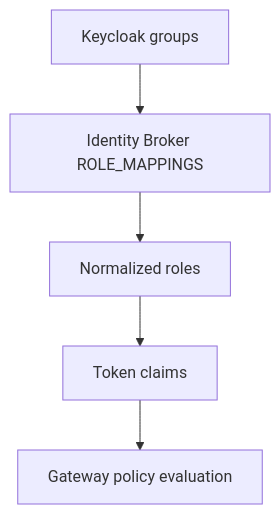
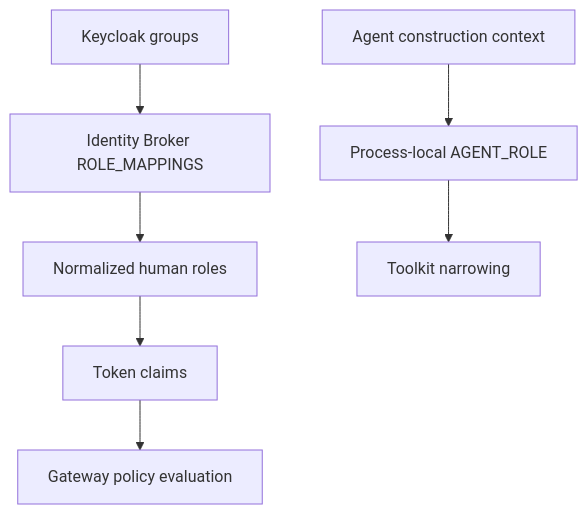
Before and after one commit to metasync/luban-aiops: the third of 5 diagrams in .qoder/repowiki/en/content/Security and Authorization/Authorization Policies/Authorization Matrix.md, drawn with Mermaid. The commit also changed other lines of this file and 128 other files, not shown here.

````diff
--- a/.qoder/repowiki/en/content/Security and Authorization/Authorization Policies/Authorization Matrix.md
+++ b/.qoder/repowiki/en/content/Security and Authorization/Authorization Policies/Authorization Matrix.md
@@ -133,7 +137,9 @@
 ```mermaid
 flowchart TD
 A["Keycloak groups"] --> B["Identity Broker ROLE_MAPPINGS"]
-B --> C["Normalized roles"]
+B --> C["Normalized human roles"]
 C --> D["Token claims"]
 D --> E["Gateway policy evaluation"]
+F["Agent construction context"] --> G["Process-local AGENT_ROLE"]
+G --> H["Toolkit narrowing"]
 ```
````
